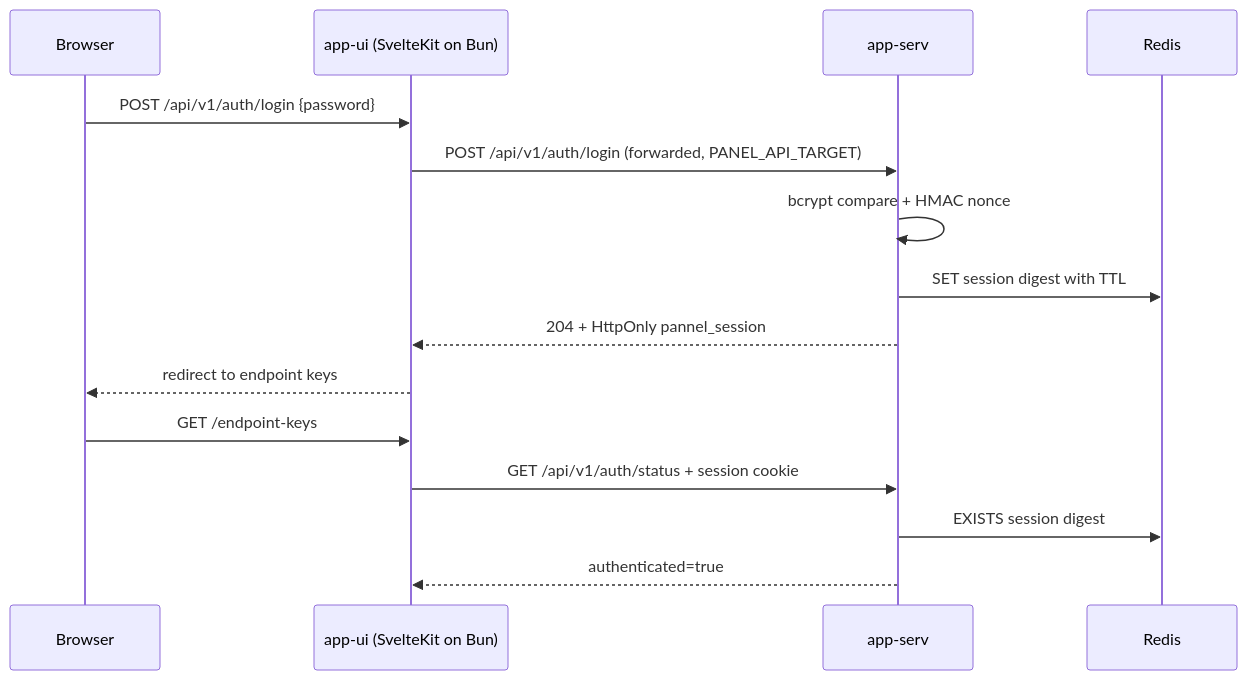
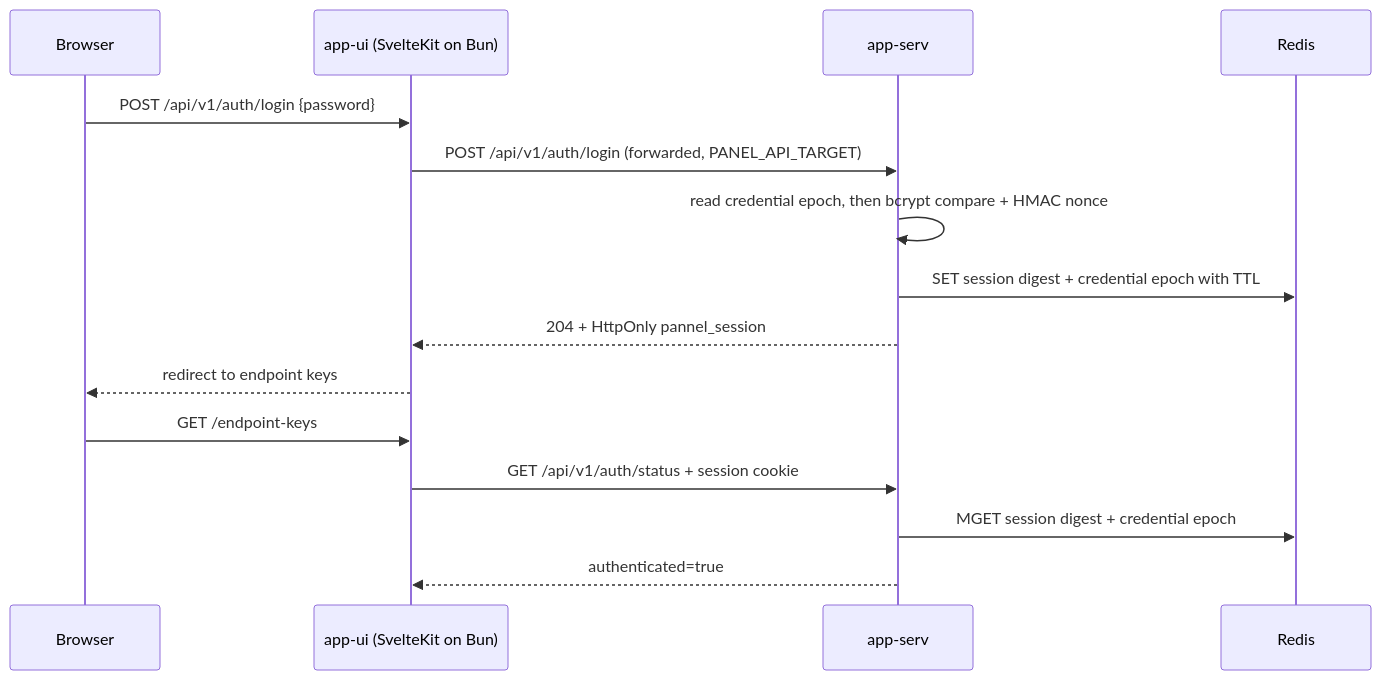
The third of 5 diagrams in SYSTEM_MAP.md (rusmanadodi2598/pannelAI), drawn with Mermaid before and after one commit. The commit also changed other lines of this file and 19 other files, not shown here.

First line of the commit message:
security(app-serv): tie session validity to a credential epoch and default the cookie secure

````diff
--- a/SYSTEM_MAP.md
+++ b/SYSTEM_MAP.md
@@ -140,18 +140,18 @@
 ```mermaid
 sequenceDiagram
     participant B as Browser
     participant U as app-ui (SvelteKit on Bun)
     participant S as app-serv
     participant R as Redis
 
     B->>U: POST /api/v1/auth/login {password}
     U->>S: POST /api/v1/auth/login (forwarded, PANEL_API_TARGET)
-    S->>S: bcrypt compare + HMAC nonce
-    S->>R: SET session digest with TTL
+    S->>S: read credential epoch, then bcrypt compare + HMAC nonce
+    S->>R: SET session digest + credential epoch with TTL
     S-->>U: 204 + HttpOnly pannel_session
     U-->>B: redirect to endpoint keys
     B->>U: GET /endpoint-keys
     U->>S: GET /api/v1/auth/status + session cookie
-    S->>R: EXISTS session digest
+    S->>R: MGET session digest + credential epoch
     S-->>U: authenticated=true
 ```
````
